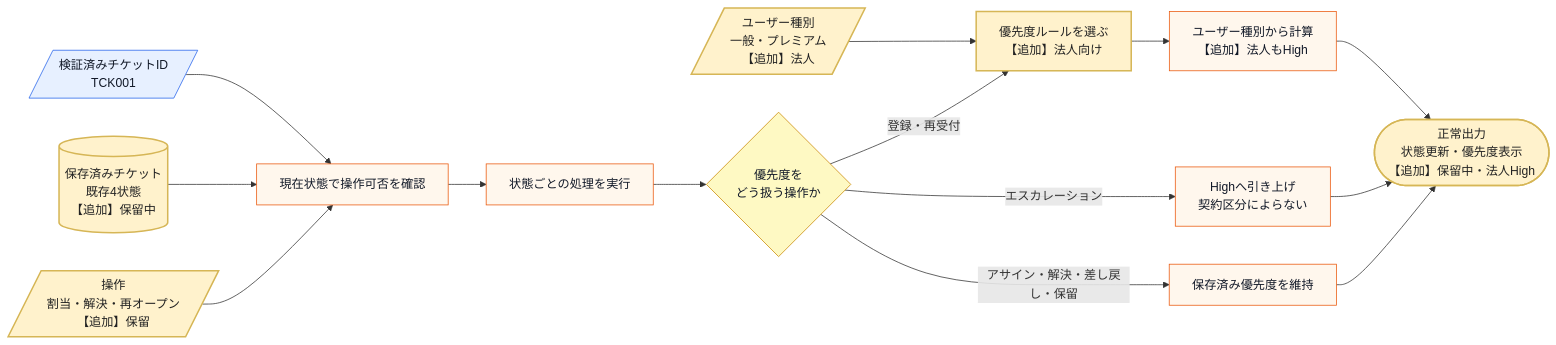
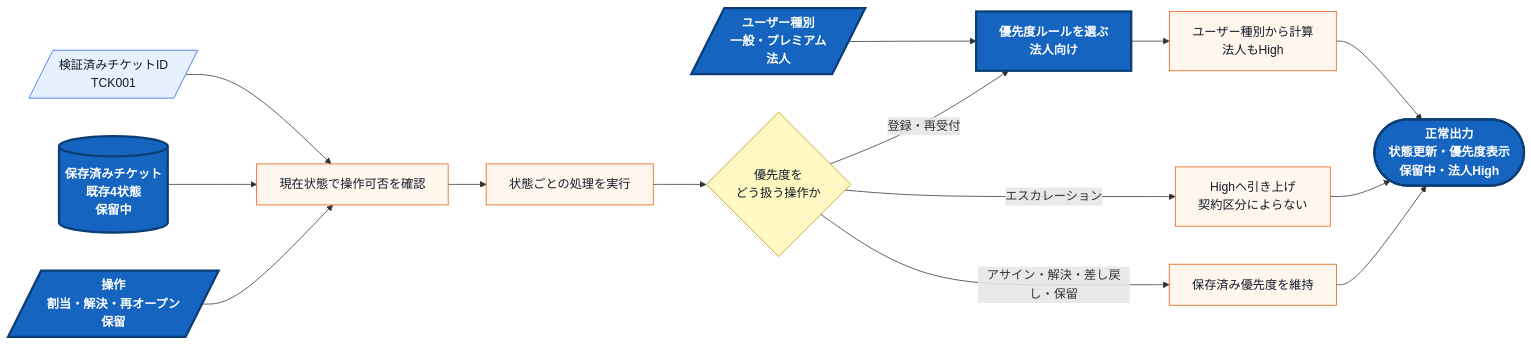
The seventh of 15 diagrams in kindle/design-patterns/output/chapter09_2.md (kumachan1101-pixel/DesignPattern), drawn with Mermaid before and after one commit. The commit also changed 19 other files, not shown here.

First line of the commit message:
図の変更箇所を色で示し、変更前後の対比の説明構造をそろえる

````diff
--- a/kindle/design-patterns/output/chapter09_2.md
+++ b/kindle/design-patterns/output/chapter09_2.md
@@ -968,25 +968,25 @@
 ```mermaid
 flowchart LR
     A[/検証済みチケットID<br>TCK001/]:::input --> D[現在状態で操作可否を確認]:::process
-    C[(保存済みチケット<br>既存4状態<br>【追加】保留中)]:::data --> D
-    E[/ユーザー種別<br>一般・プレミアム<br>【追加】法人/]:::input --> F[優先度ルールを選ぶ<br>【追加】法人向け]:::process
-    G[/操作<br>割当・解決・再オープン<br>【追加】保留/]:::input --> D
+    C[(保存済みチケット<br>既存4状態<br>保留中)]:::data --> D
+    E[/ユーザー種別<br>一般・プレミアム<br>法人/]:::input --> F[優先度ルールを選ぶ<br>法人向け]:::process
+    G[/操作<br>割当・解決・再オープン<br>保留/]:::input --> D
     D --> H[状態ごとの処理を実行]:::process
     H --> K{優先度を<br>どう扱う操作か}:::decision
     K -->|登録・再受付| F
-    F --> I[ユーザー種別から計算<br>【追加】法人もHigh]:::process
+    F --> I[ユーザー種別から計算<br>法人もHigh]:::process
     K -->|エスカレーション| M[Highへ引き上げ<br>契約区分によらない]:::process
     K -->|アサイン・解決・差し戻し・保留| L[保存済み優先度を維持]:::process
     I --> J
     M --> J
     L --> J
-    J([正常出力<br>状態更新・優先度表示<br>【追加】保留中・法人High]):::normal
+    J([正常出力<br>状態更新・優先度表示<br>保留中・法人High]):::normal
 
     classDef data fill:#ecfeff,stroke:#0891b2,color:#111827;
     classDef input fill:#e7f0ff,stroke:#2563eb,color:#111827;
     classDef process fill:#fff7ed,stroke:#ea580c,color:#111827;
     classDef decision fill:#fef9c3,stroke:#ca8a04,color:#111827;
     classDef normal fill:#dcfce7,stroke:#16a34a,color:#111827;
-    classDef changed fill:#FFF2CC,stroke:#D6B656,stroke-width:2px,color:#222222;
+    classDef changed fill:#1565c0,stroke:#0b3d76,stroke-width:3px,color:#ffffff,font-weight:bold;
     class C,E,F,G,J changed;
 ```
````
